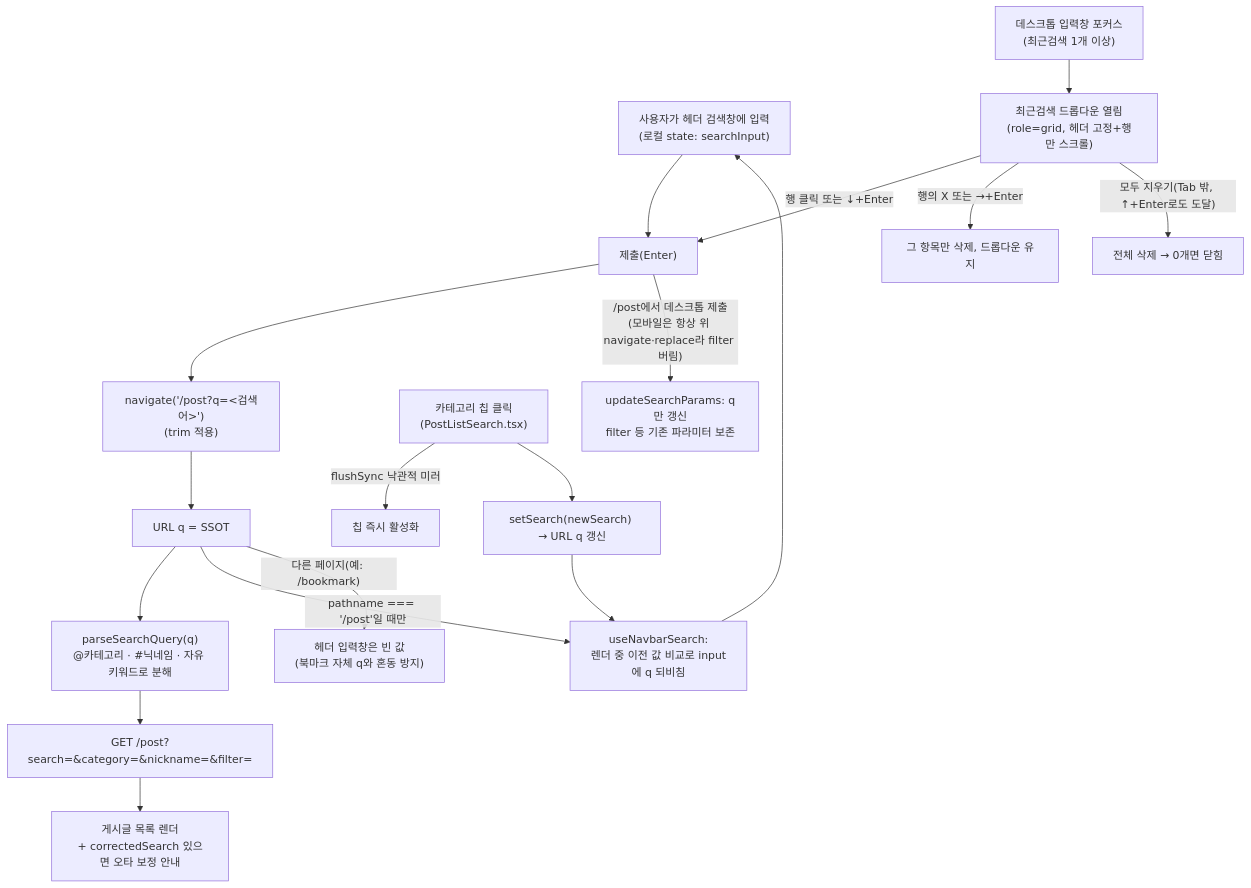
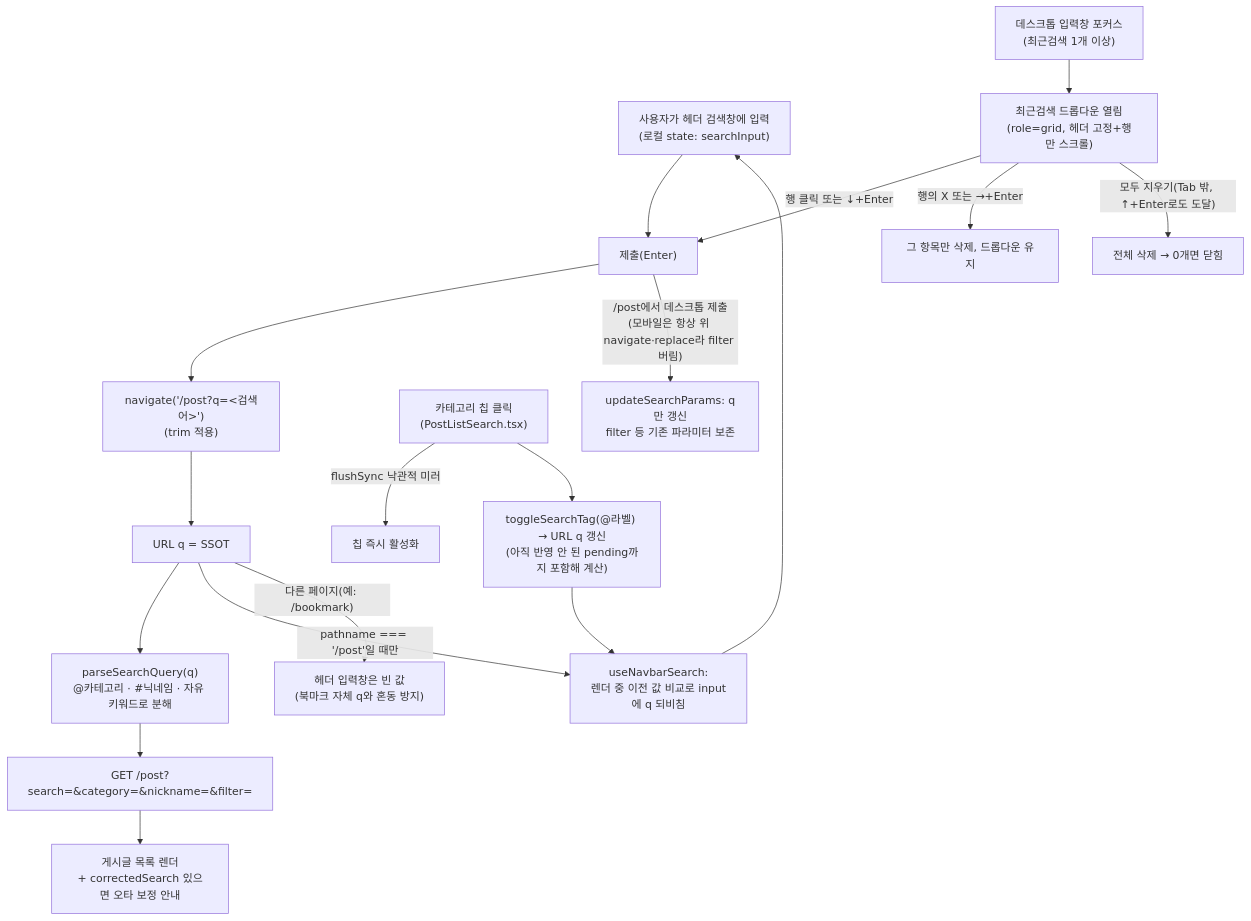
One commit to BAECHAN/link-sphere_FE_NEW changed the first of 2 diagrams in docs/SEARCH.md. Above: the diagram before and after it, drawn with Mermaid. The commit also changed other lines of this file and 14 other files, not shown here.

````diff
--- a/docs/SEARCH.md
+++ b/docs/SEARCH.md
@@ -27,24 +27,24 @@
 ```mermaid
 flowchart TD
   Type["사용자가 헤더 검색창에 입력<br/>(로컬 state: searchInput)"] --> Submit["제출(Enter)"]
   Submit --> Navigate["navigate('/post?q=&lt;검색어&gt;')<br/>(trim 적용)"]
   Navigate --> URL["URL q = SSOT"]
   URL --> Parse["parseSearchQuery(q)<br/>@카테고리 · #닉네임 · 자유 키워드로 분해"]
   Parse --> API["GET /post?search=&category=&nickname=&filter="]
   API --> Result["게시글 목록 렌더<br/>+ correctedSearch 있으면 오타 보정 안내"]
 
   URL -->|"pathname === '/post'일 때만"| Mirror["useNavbarSearch:<br/>렌더 중 이전 값 비교로 input에 q 되비침"]
   Mirror --> Type
 
   URL -->|"다른 페이지(예: /bookmark)"| Empty["헤더 입력창은 빈 값<br/>(북마크 자체 q와 혼동 방지)"]
 
   ChipClick["카테고리 칩 클릭<br/>(PostListSearch.tsx)"] -->|"flushSync 낙관적 미러"| ChipUI["칩 즉시 활성화"]
-  ChipClick --> Navigate2["setSearch(newSearch) → URL q 갱신"]
+  ChipClick --> Navigate2["toggleSearchTag(@라벨) → URL q 갱신<br/>(아직 반영 안 된 pending까지 포함해 계산)"]
   Navigate2 --> Mirror
 
   Focus["데스크톱 입력창 포커스<br/>(최근검색 1개 이상)"] --> Dropdown["최근검색 드롭다운 열림<br/>(role=grid, 헤더 고정+행만 스크롤)"]
   Dropdown -->|"행 클릭 또는 ↓+Enter"| Submit
   Dropdown -->|"행의 X 또는 →+Enter"| RemoveOne["그 항목만 삭제, 드롭다운 유지"]
   Dropdown -->|"모두 지우기(Tab 밖, ↑+Enter로도 도달)"| ClearAll["전체 삭제 → 0개면 닫힘"]
   Submit -->|"/post에서 데스크톱 제출<br/>(모바일은 항상 위 navigate·replace라 filter 버림)"| Preserve["updateSearchParams: q만 갱신<br/>filter 등 기존 파라미터 보존"]
 ```
````
